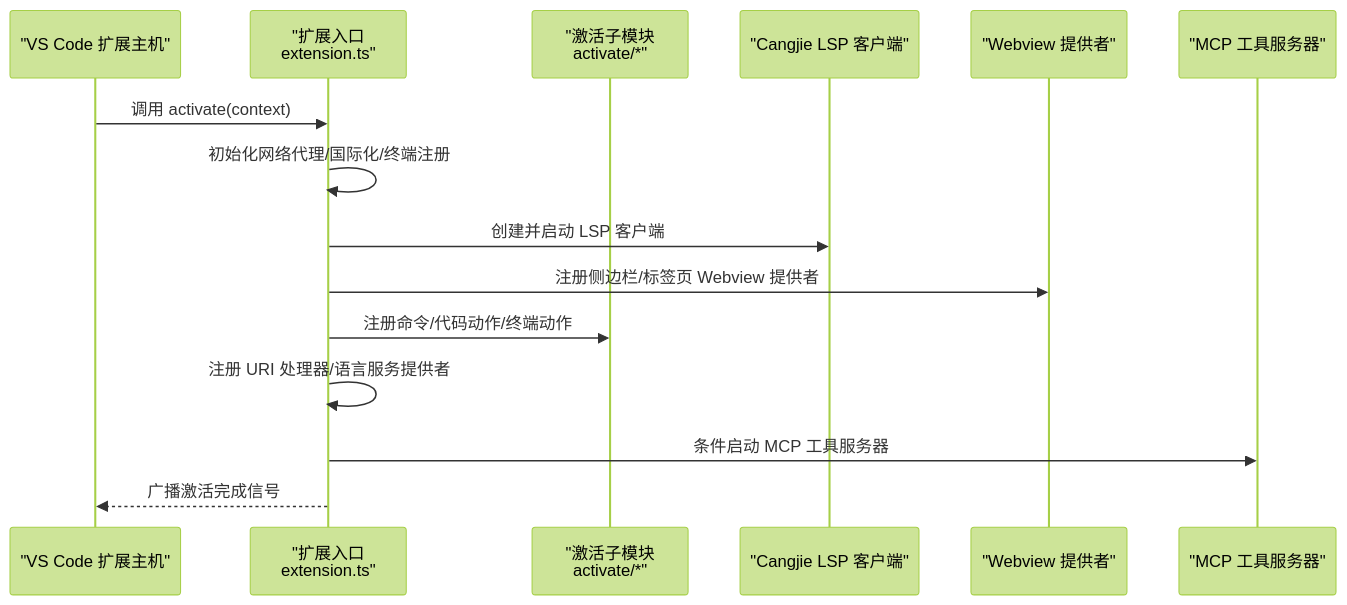
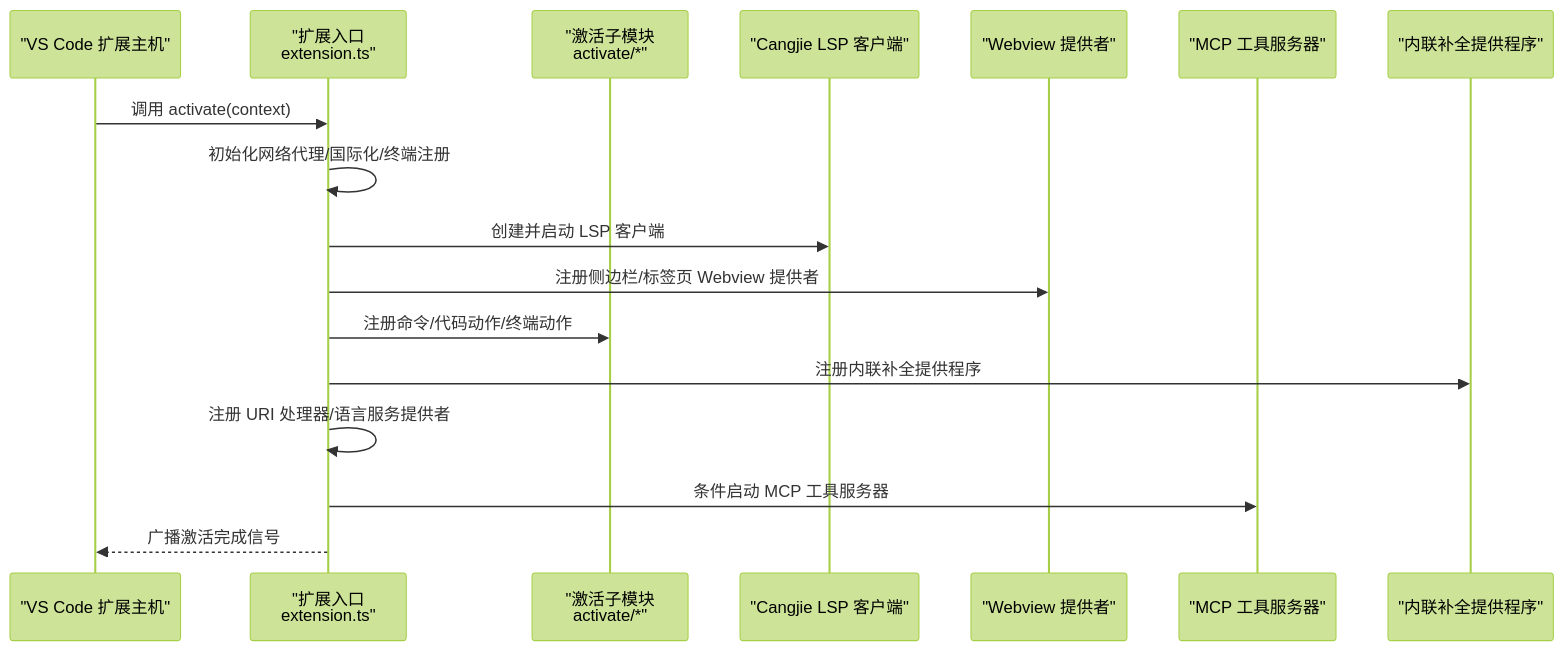
The second of 6 diagrams in .qoder/repowiki/zh/content/核心功能/扩展激活机制.md (JunjieChen0/NJUST), drawn with Mermaid (forest theme) before and after one commit. The commit also changed other lines of this file and 402 other files, not shown here.

````diff
--- a/.qoder/repowiki/zh/content/核心功能/扩展激活机制.md
+++ b/.qoder/repowiki/zh/content/核心功能/扩展激活机制.md
@@ -89,17 +103,19 @@
 ```mermaid
 sequenceDiagram
 participant Host as "VS Code 扩展主机"
 participant Ext as "扩展入口<br/>extension.ts"
 participant Reg as "激活子模块<br/>activate/*"
 participant LSP as "Cangjie LSP 客户端"
 participant WV as "Webview 提供者"
 participant MCP as "MCP 工具服务器"
+participant Inline as "内联补全提供程序"
 Host->>Ext : 调用 activate(context)
 Ext->>Ext : 初始化网络代理/国际化/终端注册
 Ext->>LSP : 创建并启动 LSP 客户端
 Ext->>WV : 注册侧边栏/标签页 Webview 提供者
 Ext->>Reg : 注册命令/代码动作/终端动作
+Ext->>Inline : 注册内联补全提供程序
 Ext->>Ext : 注册 URI 处理器/语言服务提供者
 Ext->>MCP : 条件启动 MCP 工具服务器
 Ext-->>Host : 广播激活完成信号
 ```
````
